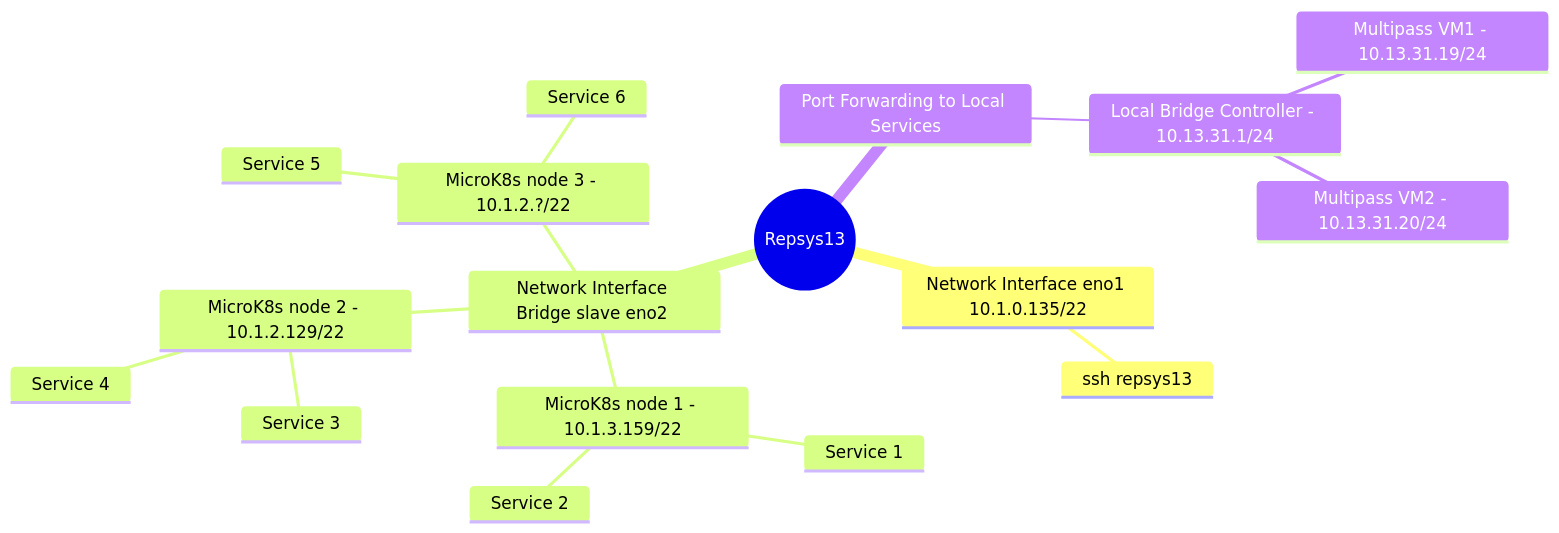
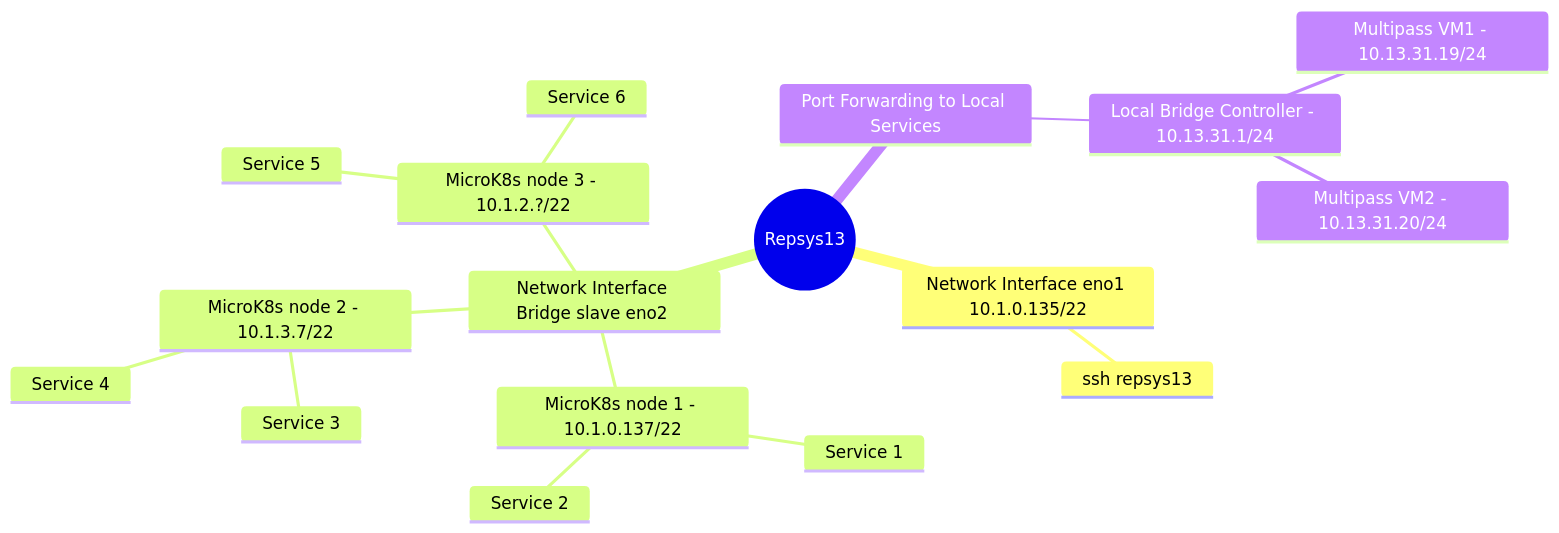
Before and after one commit to brentgroves/repsys: the diagram in development/report_system/virtual_network.md, drawn with Mermaid. The commit also changed 11 other files, not shown here.

````diff
--- a/development/report_system/virtual_network.md
+++ b/development/report_system/virtual_network.md
@@ -7,21 +7,21 @@
 ```mermaid
 mindmap
   root((Repsys13))
       Network Interface eno1 10.1.0.135/22
         ssh repsys13
       Network Interface Bridge slave eno2 
-        MicroK8s node 1 - 10.1.3.159/22
+        MicroK8s node 1 - 10.1.0.137/22
           Service 1
           Service 2
-        MicroK8s node 2 - 10.1.2.129/22
+        MicroK8s node 2 - 10.1.3.7/22
           Service 3
           Service 4
         MicroK8s node 3 - 10.1.2.?/22
           Service 5
           Service 6
      Port Forwarding to Local Services
         Local Bridge Controller - 10.13.31.1/24
           Multipass VM1 - 10.13.31.19/24
           Multipass VM2 - 10.13.31.20/24
 
 ```
````
